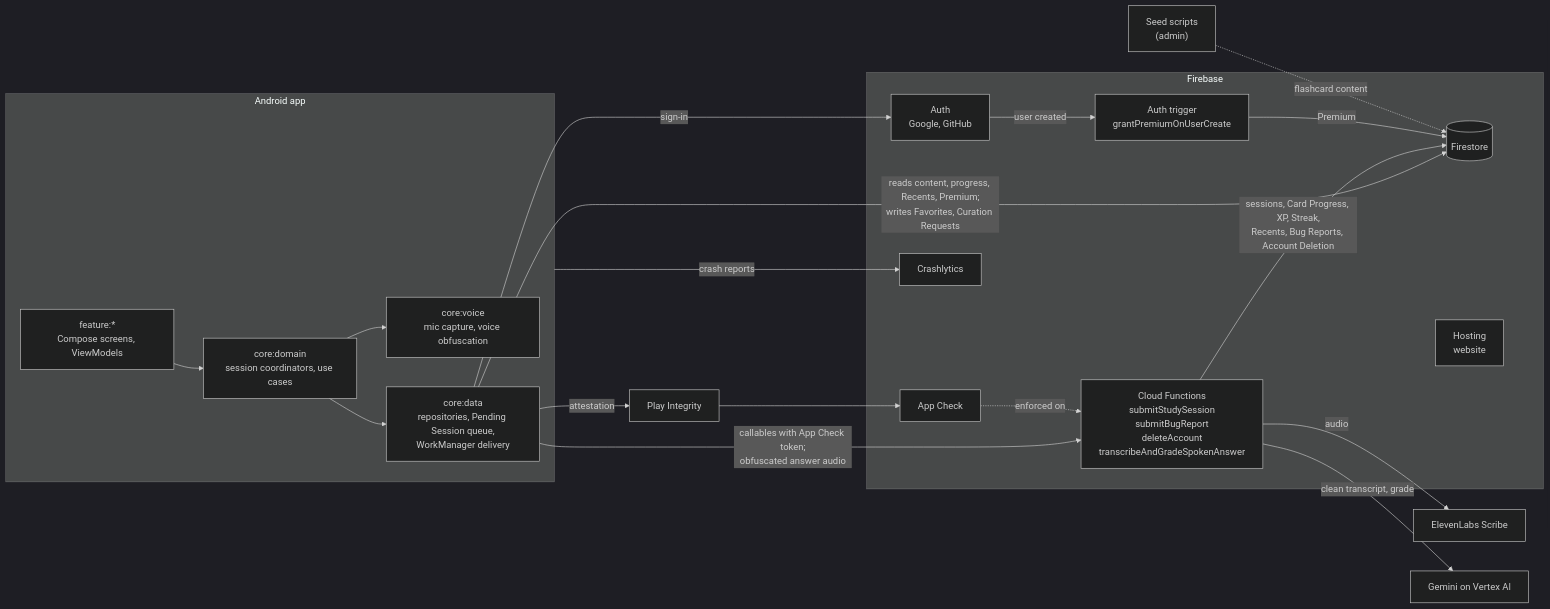
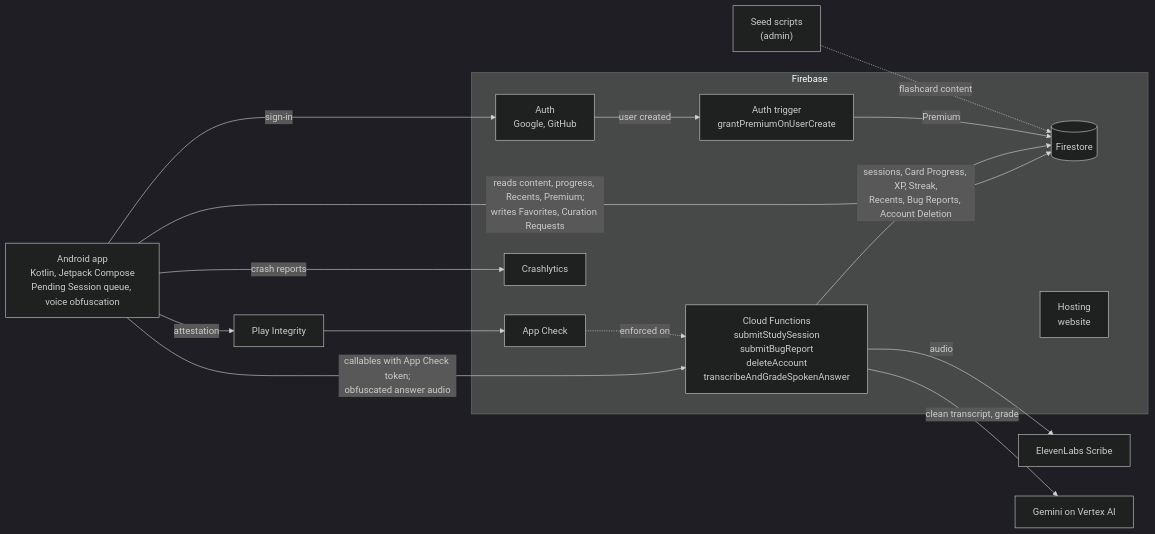
The first of 2 diagrams in README.md (rmakowiecki/Flashcards), drawn with Mermaid (dark theme) before and after one commit. The commit also changed other lines of this file, not shown here.

````diff
--- a/README.md
+++ b/README.md
@@ -38,39 +33,31 @@
 ```mermaid
 flowchart LR
-    subgraph App["Android app"]
-        UI["feature:*<br/>Compose screens, ViewModels"]
-        Domain["core:domain<br/>session coordinators, use cases"]
-        Data["core:data<br/>repositories, Pending Session queue,<br/>WorkManager delivery"]
-        Voice["core:voice<br/>mic capture, voice obfuscation"]
-    end
+    App["Android app<br/>Kotlin, Jetpack Compose<br/>Pending Session queue, voice obfuscation"]
     Integrity["Play Integrity"]
     subgraph Firebase
         Auth["Auth<br/>Google, GitHub"]
         AppCheck["App Check"]
         Firestore[("Firestore")]
         Functions["Cloud Functions<br/>submitStudySession<br/>submitBugReport<br/>deleteAccount<br/>transcribeAndGradeSpokenAnswer"]
         Trigger["Auth trigger<br/>grantPremiumOnUserCreate"]
         Crashlytics["Crashlytics"]
         Hosting["Hosting<br/>website"]
     end
     Scribe["ElevenLabs Scribe"]
     Gemini["Gemini on Vertex AI"]
     Seed["Seed scripts<br/>(admin)"]
 
-    UI --> Domain
-    Domain --> Data
-    Domain --> Voice
     App -- "crash reports" --> Crashlytics
-    Data -- "sign-in" --> Auth
-    Data -- "attestation" --> Integrity
+    App -- "sign-in" --> Auth
+    App -- "attestation" --> Integrity
     Integrity --> AppCheck
-    Data -- "reads content, progress, Recents, Premium;<br/>writes Favorites, Curation Requests" --> Firestore
-    Data -- "callables with App Check token;<br/>obfuscated answer audio" --> Functions
+    App -- "reads content, progress, Recents, Premium;<br/>writes Favorites, Curation Requests" --> Firestore
+    App -- "callables with App Check token;<br/>obfuscated answer audio" --> Functions
     AppCheck -. "enforced on" .-> Functions
     Functions -- "sessions, Card Progress, XP, Streak,<br/>Recents, Bug Reports, Account Deletion" --> Firestore
     Functions -- "audio" --> Scribe
     Functions -- "clean transcript, grade" --> Gemini
     Auth -- "user created" --> Trigger
     Trigger -- "Premium" --> Firestore
     Seed -. "flashcard content" .-> Firestore
 ```
````
